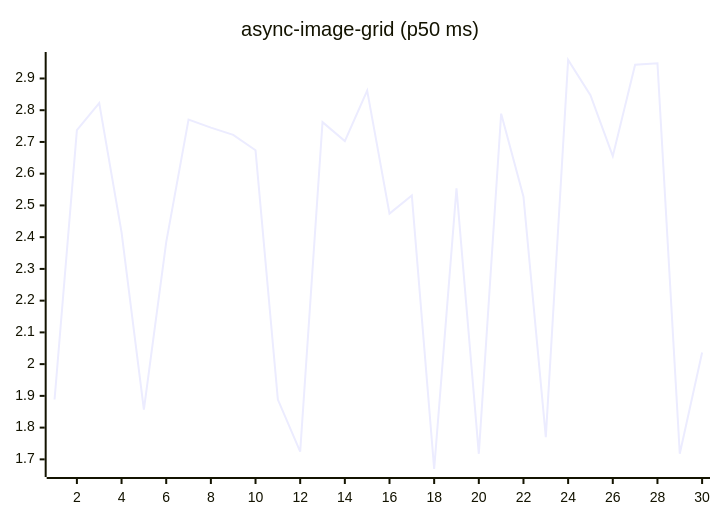
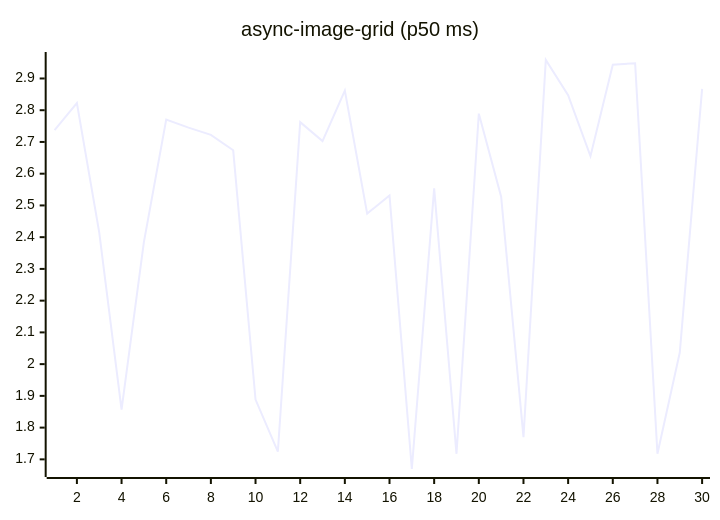
The fifth of 27 diagrams in README.md (josha/Facet), drawn with Mermaid before and after one commit. The commit also changed other lines of this file and 2 other files, not shown here.

````diff
--- a/README.md
+++ b/README.md
@@ -91,6 +91,6 @@
 ```mermaid
 xychart-beta
     title "async-image-grid (p50 ms)"
     x-axis 1 --> 30
-    line [1.8885, 2.7375, 2.8223, 2.4153, 1.8565, 2.3845, 2.7705, 2.7451, 2.7222, 2.6737, 1.8884, 1.7244, 2.7624, 2.7026, 2.8617, 2.4742, 2.5316, 1.6696, 2.5539, 1.7175, 2.7892, 2.5277, 1.7701, 2.9582, 2.8471, 2.6552, 2.9433, 2.9481, 1.7177, 2.0365]
+    line [2.7375, 2.8223, 2.4153, 1.8565, 2.3845, 2.7705, 2.7451, 2.7222, 2.6737, 1.8884, 1.7244, 2.7624, 2.7026, 2.8617, 2.4742, 2.5316, 1.6696, 2.5539, 1.7175, 2.7892, 2.5277, 1.7701, 2.9582, 2.8471, 2.6552, 2.9433, 2.9481, 1.7177, 2.0365, 2.8674]
 ```
````
